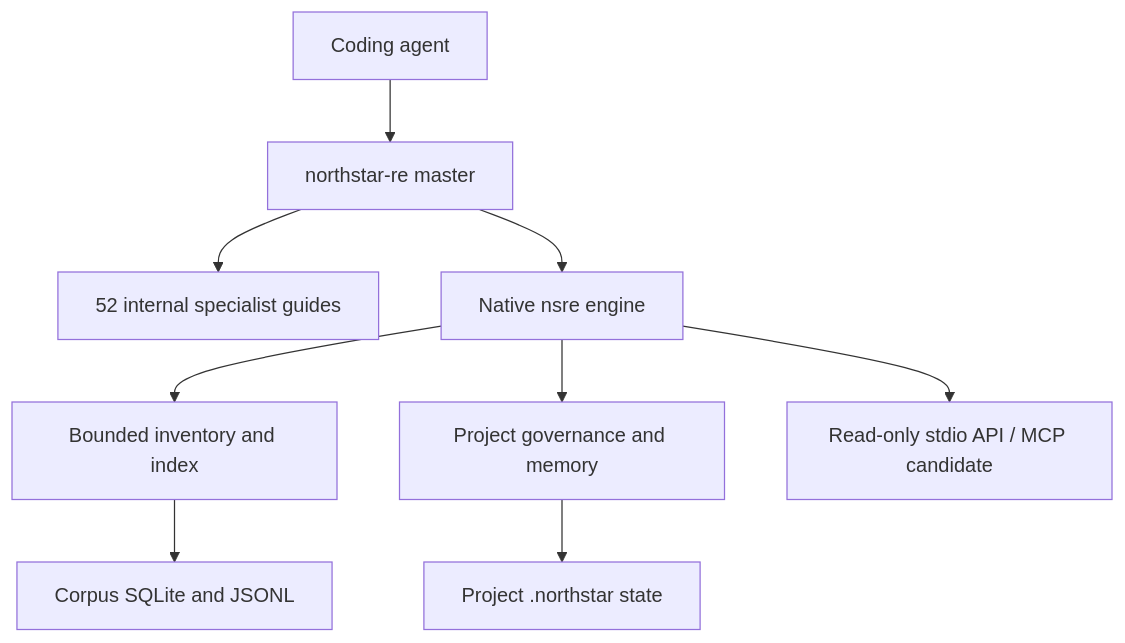
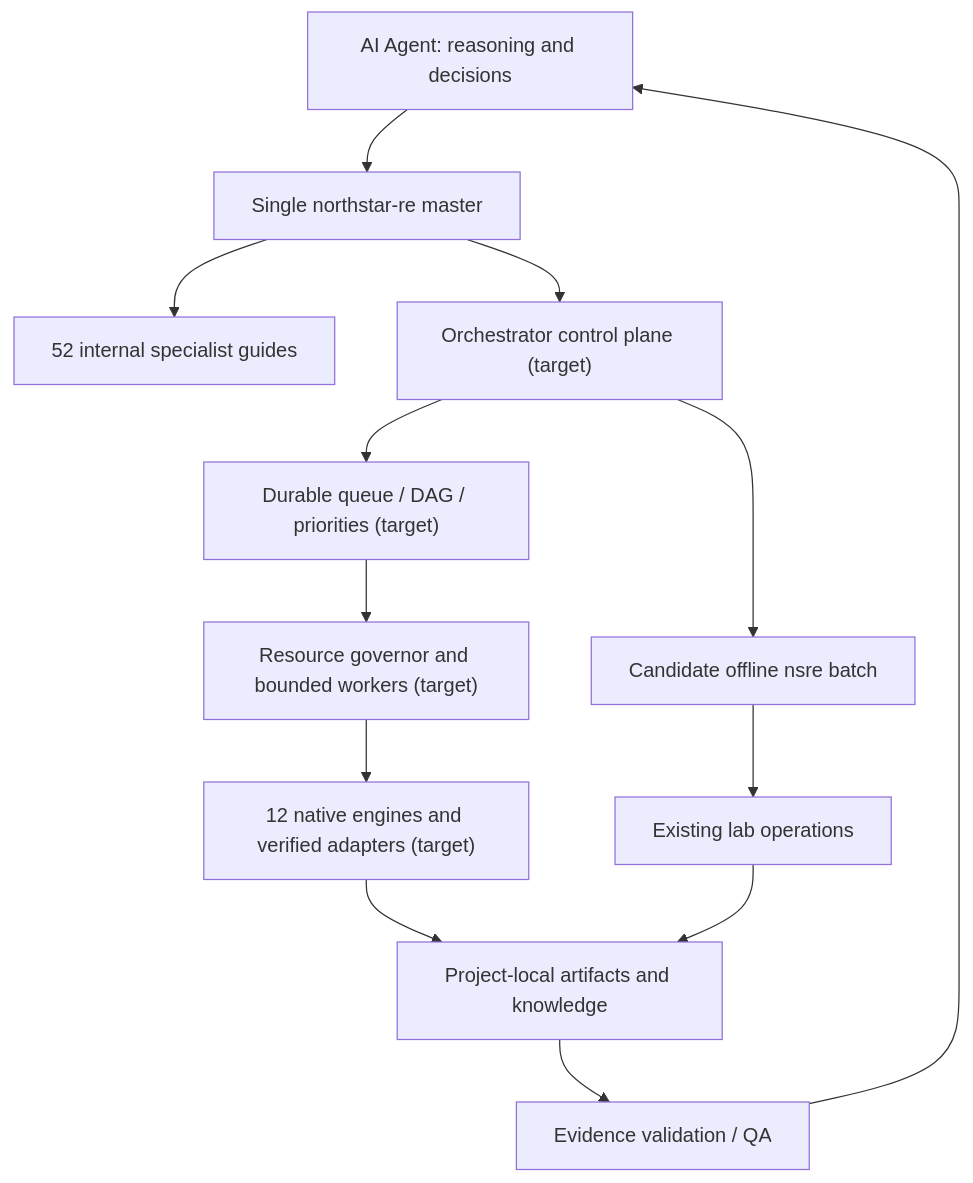
Before and after one commit to AlMagrhibi/-NorthStar-RE-: the first of 2 diagrams in docs/architecture/overview.md, drawn with Mermaid. The commit also changed other lines of this file, not shown here.

Commit message:
Implement approved orchestration architecture and capability discovery

````diff
--- a/docs/architecture/overview.md
+++ b/docs/architecture/overview.md
@@ -3,11 +5,15 @@
 ```mermaid
 flowchart TD
- A["Coding agent"] --> B["northstar-re master"]
- B --> C["52 internal specialist guides"]
- B --> D["Native nsre engine"]
- D --> E["Bounded inventory and index"]
- D --> F["Project governance and memory"]
- E --> G["Corpus SQLite and JSONL"]
- F --> H["Project .northstar state"]
- D --> I["Read-only stdio API / MCP candidate"]
+ A["AI Agent: reasoning and decisions"] --> M["Single northstar-re master"]
+ M --> S["52 internal specialist guides"]
+ M --> O["Orchestrator control plane (target)"]
+ O --> Q["Durable queue / DAG / priorities (target)"]
+ Q --> G["Resource governor and bounded workers (target)"]
+ G --> E["12 native engines and verified adapters (target)"]
+ E --> K["Project-local artifacts and knowledge"]
+ K --> V["Evidence validation / QA"]
+ V --> A
+ O --> B["Candidate offline nsre batch"]
+ B --> L["Existing lab operations"]
+ L --> K
 ```
````
